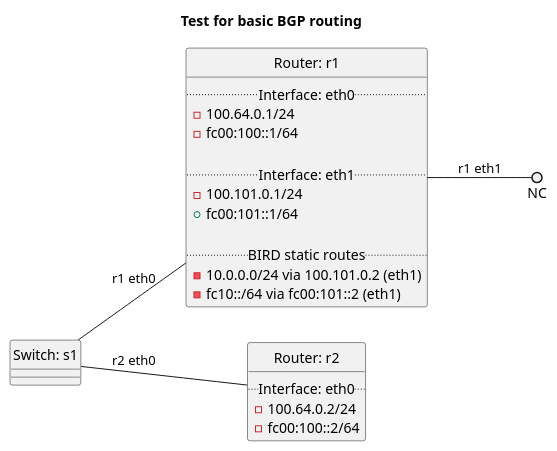
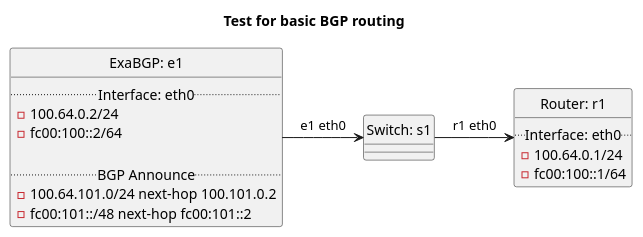
The diagram in tests/t40_bgp/t10_basic/README.md (oscdev-io/birdplan), drawn with PlantUML before and after one commit. The commit also changed other lines of this file and 81 other files, not shown here.

````diff
--- a/tests/t40_bgp/t10_basic/README.md
+++ b/tests/t40_bgp/t10_basic/README.md
@@ -11,39 +15,33 @@
 ```plantuml
 @startuml
 hide circle
 title Test for basic BGP routing
-left to right direction
 
 
 class "Router: r1" {
   .. Interface: eth0 ..
 - 100.64.0.1/24
 - fc00:100::1/64
-
-  .. Interface: eth1 ..
-- 100.101.0.1/24
-+ fc00:101::1/64
-
-  .. BIRD static routes ..
-- 10.0.0.0/24 via 100.101.0.2 (eth1)
-- fc10::/64 via fc00:101::2 (eth1)
 }
 
 
-class "Router: r2" {
+class "ExaBGP: e1" {
   .. Interface: eth0 ..
 - 100.64.0.2/24
 - fc00:100::2/64
+
+  .. BGP Announce ..
+- 100.64.101.0/24 next-hop 100.101.0.2
+- fc00:101::/48 next-hop fc00:101::2
 }
 
 
 
 class "Switch: s1" {}
 
+"ExaBGP: e1" -> "Switch: s1": e1 eth0
+"Switch: s1" -> "Router: r1": r1 eth0
 
-"Switch: s1" -- "Router: r1": r1 eth0
-"Switch: s1" -- "Router: r2": r2 eth0
-"Router: r1" --() NC: r1 eth1
 
 @enduml
 ```
````
